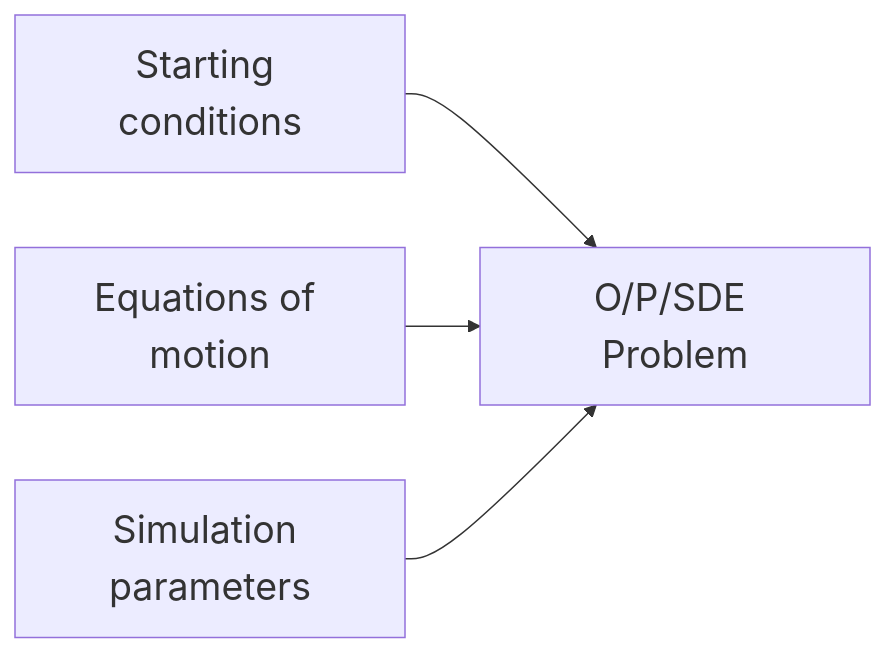
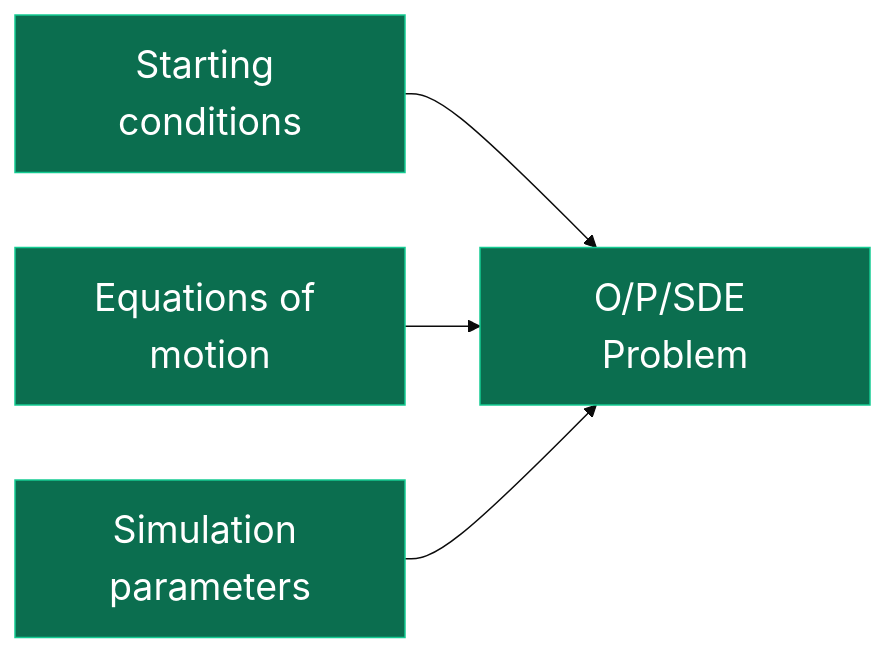
The diagram in images/ODEProblem.mmd (Alexsp32/NQCDynamics.jl-tech-presentation), drawn with Mermaid before and after one commit. The commit also changed 14 other files, not shown here.

```diff
--- a/images/ODEProblem.mmd
+++ b/images/ODEProblem.mmd
@@ -1,6 +1,18 @@
-%%{init: {'theme': 'default', 'themeVariables': { 'fontSize': '25px'}}}%%
+%%{
+    init: {
+        'theme': 'base', 
+        'themeVariables': { 
+            'fontSize': '25px',
+            'primaryColor': '#0B6E4F',
+            'primaryBorderColor': '#14cb92',
+            'primaryTextColor': '#fff',
+            'tertiaryTextColor': '#000',
+            'fontFamily': 'Lexend'
+        }
+    }
+}%%
 
 graph LR
     I[Starting conditions] --> P[O/P/SDE Problem]
     F[Equations of motion] --> P
     SP[Simulation parameters] --> P
```
